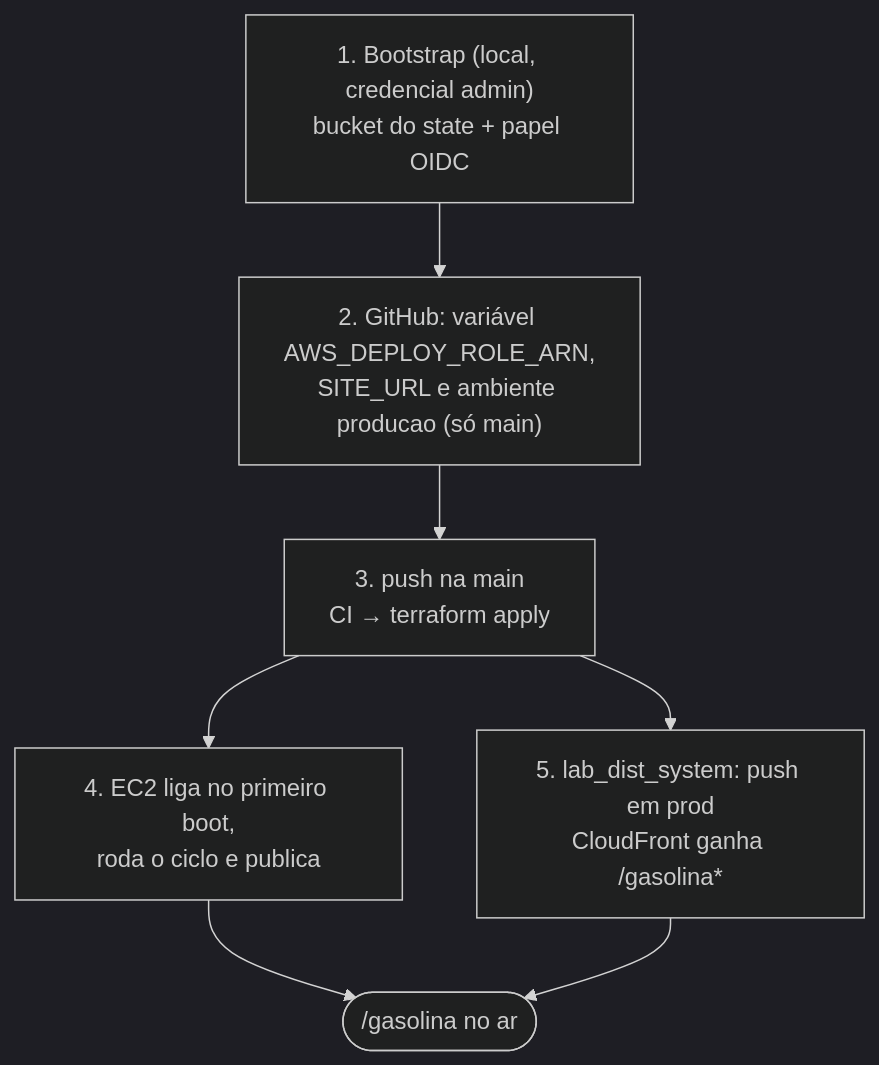
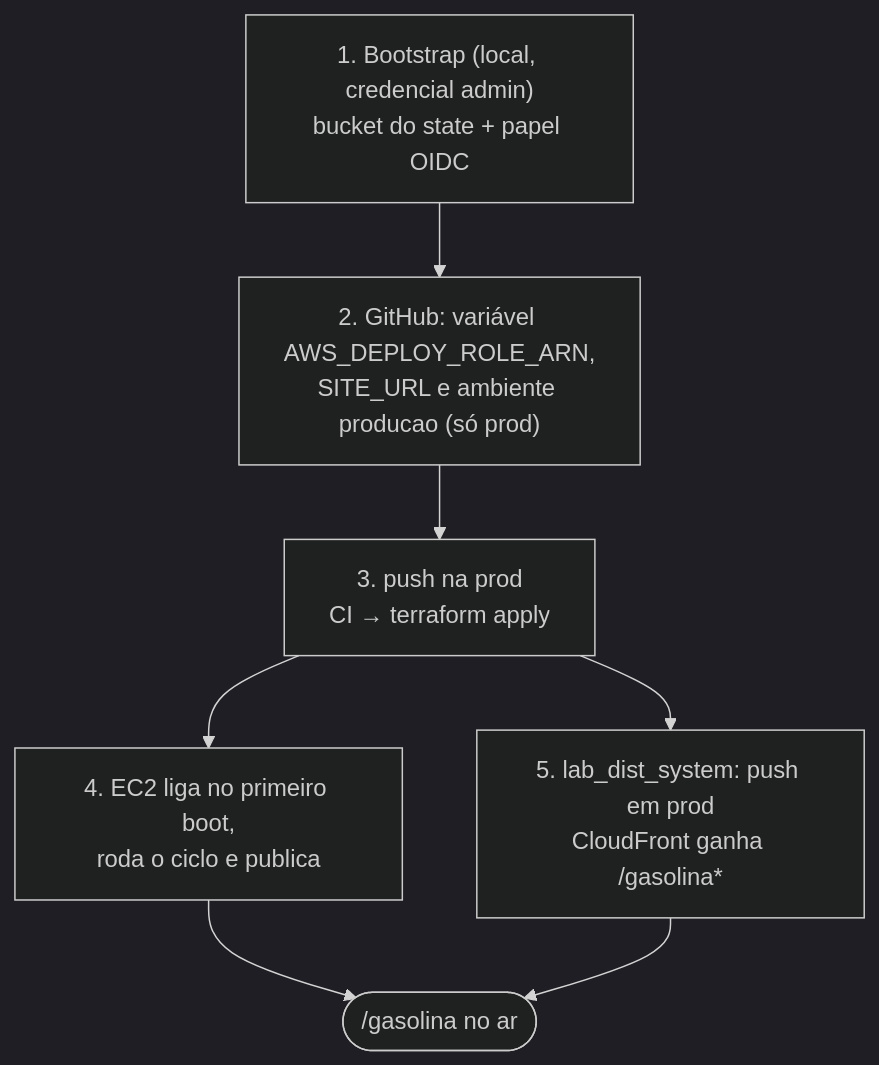
Before and after one commit to Leandrodasilvahuber/observatorio-combustiveis: the eighth of 8 diagrams in README.md, drawn with Mermaid (dark theme). The commit also changed other lines of this file and 1 other file, not shown here.

First line of the commit message:
ci: deploy só pela branch prod; a main roda apenas os testes

````diff
--- a/README.md
+++ b/README.md
@@ -520,9 +538,9 @@
 ```mermaid
 flowchart TB
-    B["1. Bootstrap (local, credencial admin)<br/>bucket do state + papel OIDC"] --> GH["2. GitHub: variável AWS_DEPLOY_ROLE_ARN,<br/>SITE_URL e ambiente producao (só main)"]
-    GH --> P["3. push na main<br/>CI → terraform apply"]
+    B["1. Bootstrap (local, credencial admin)<br/>bucket do state + papel OIDC"] --> GH["2. GitHub: variável AWS_DEPLOY_ROLE_ARN,<br/>SITE_URL e ambiente producao (só prod)"]
+    GH --> P["3. push na prod<br/>CI → terraform apply"]
     P --> E["4. EC2 liga no primeiro boot,<br/>roda o ciclo e publica"]
     P --> L["5. lab_dist_system: push em prod<br/>CloudFront ganha /gasolina*"]
     E --> OK(["/gasolina no ar"])
     L --> OK
 ```
````
